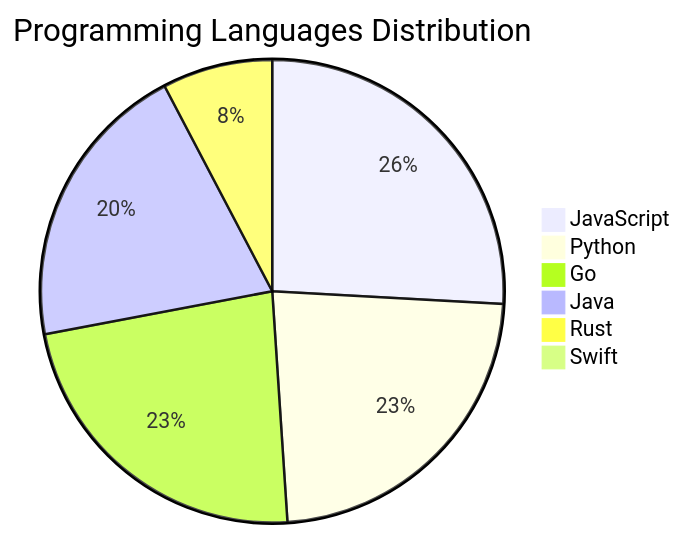
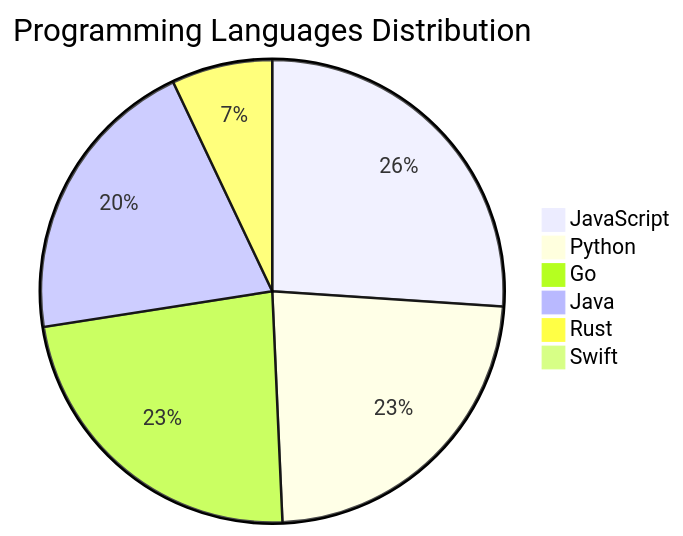
Before and after one commit to Derrick-MUGISHA/github-activity-bot: the diagram in README.md, drawn with Mermaid. The commit also changed other lines of this file and 4 other files, not shown here.

````diff
--- a/README.md
+++ b/README.md
@@ -206,9 +206,9 @@
 ```mermaid
 pie title Programming Languages Distribution
     "JavaScript" : 37
     "Python" : 33
     "Go" : 33
     "Java" : 29
-    "Rust" : 11
+    "Rust" : 10
     "Swift" : 1
 ```
````
